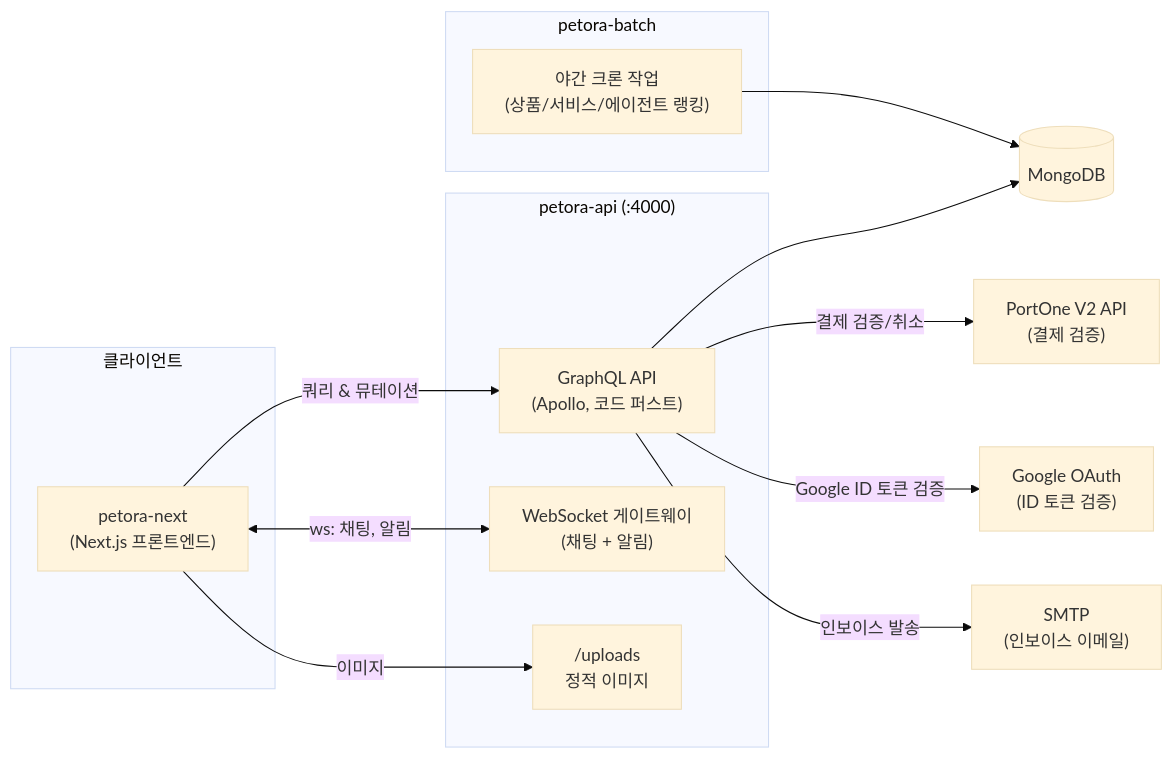
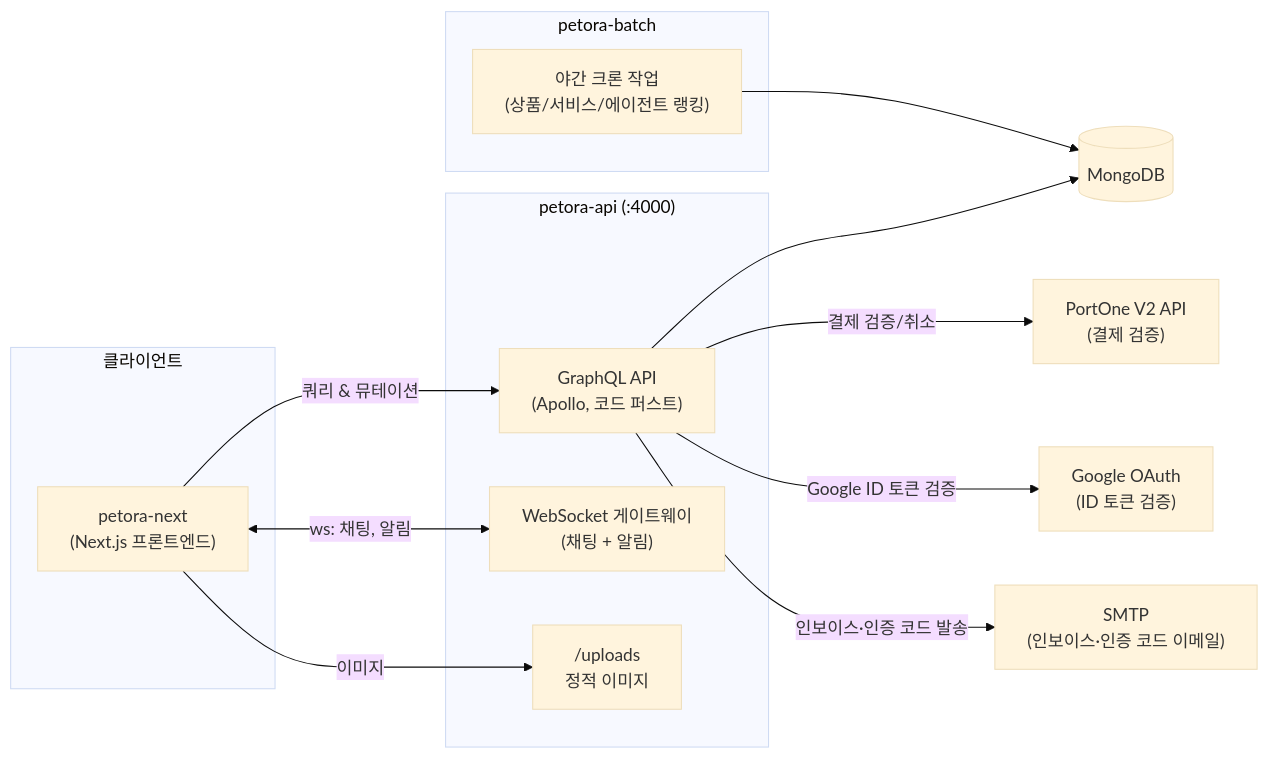
Before and after one commit to NBekhruzbek/petora-nest: the second of 2 diagrams in README.md, drawn with Mermaid (base theme). The commit also changed other lines of this file, not shown here.

Commit message:
docs: document the password reset flow in readme.md

````diff
--- a/README.md
+++ b/README.md
@@ -323,30 +333,30 @@
 ```mermaid
 flowchart LR
     subgraph "클라이언트"
         FE["petora-next<br/>(Next.js 프론트엔드)"]
     end
 
     subgraph "petora-api (:4000)"
         GQL["GraphQL API<br/>(Apollo, 코드 퍼스트)"]
         WS["WebSocket 게이트웨이<br/>(채팅 + 알림)"]
         UP["/uploads<br/>정적 이미지"]
     end
 
     subgraph "petora-batch"
         CRON["야간 크론 작업<br/>(상품/서비스/에이전트 랭킹)"]
     end
 
     DB[("MongoDB")]
     PORTONE["PortOne V2 API<br/>(결제 검증)"]
     GOOGLE["Google OAuth<br/>(ID 토큰 검증)"]
-    SMTP["SMTP<br/>(인보이스 이메일)"]
+    SMTP["SMTP<br/>(인보이스·인증 코드 이메일)"]
 
     FE -->|쿼리 & 뮤테이션| GQL
     FE <-->|ws: 채팅, 알림| WS
     FE -->|이미지| UP
     GQL --> DB
     CRON --> DB
     GQL -->|결제 검증/취소| PORTONE
     GQL -->|Google ID 토큰 검증| GOOGLE
-    GQL -->|인보이스 발송| SMTP
+    GQL -->|인보이스·인증 코드 발송| SMTP
 ```
````
